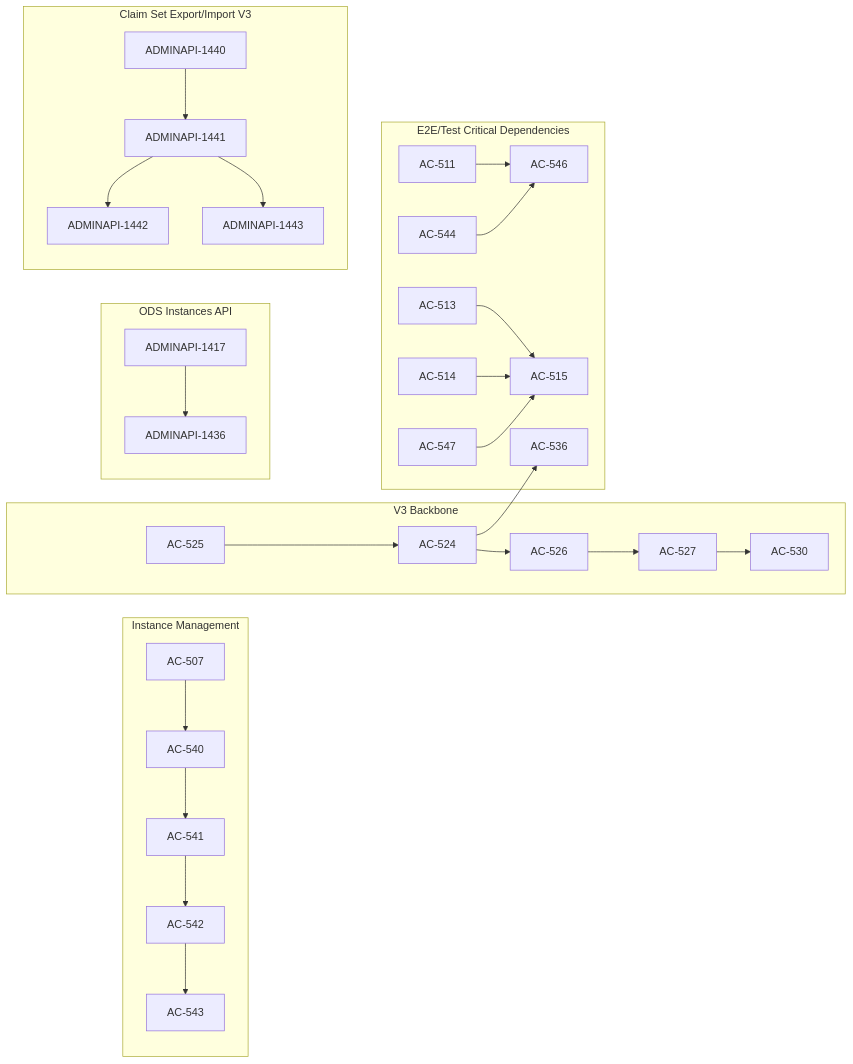
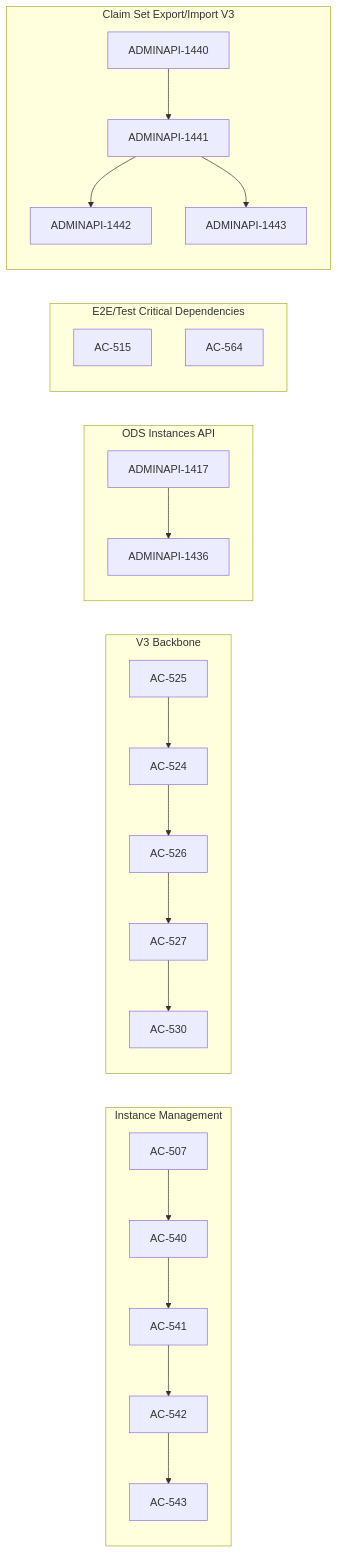
Before and after one commit to Ed-Fi-Alliance-OSS/Ed-Fi-AdminApp: the second of 2 diagrams in docs/RoadmapForAdminApp4.1.md, drawn with Mermaid. The commit also changed other lines of this file, not shown here.

Commit message:
Updates on Roadmap AdminApi and AdminApp

````diff
--- a/docs/RoadmapForAdminApp4.1.md
+++ b/docs/RoadmapForAdminApp4.1.md
@@ -351,28 +352,24 @@
 ```mermaid
 flowchart LR
 	subgraph P1[Instance Management]
 		AC507[AC-507] --> AC540[AC-540] --> AC541[AC-541] --> AC542[AC-542] --> AC543[AC-543]
 	end
 
 	subgraph P2[V3 Backbone]
 		AC525[AC-525] --> AC524[AC-524] --> AC526[AC-526] --> AC527[AC-527] --> AC530[AC-530]
 	end
 
 	subgraph P3[ODS Instances API]
 		A1417[ADMINAPI-1417] --> A1436[ADMINAPI-1436]
 	end
 
 	subgraph P4[E2E/Test Critical Dependencies]
-		AC511[AC-511] --> AC546[AC-546]
-		AC544[AC-544] --> AC546
-		AC513[AC-513] --> AC515[AC-515]
-		AC514[AC-514] --> AC515
-		AC547[AC-547] --> AC515
-		AC524 --> AC536[AC-536]
+		AC515[AC-515]
+		AC564[AC-564]
 	end
 
 	subgraph P5[Claim Set Export/Import V3]
 		A1440[ADMINAPI-1440] --> A1441[ADMINAPI-1441] --> A1442[ADMINAPI-1442]
 		A1441 --> A1443[ADMINAPI-1443]
 	end
 ```
````
